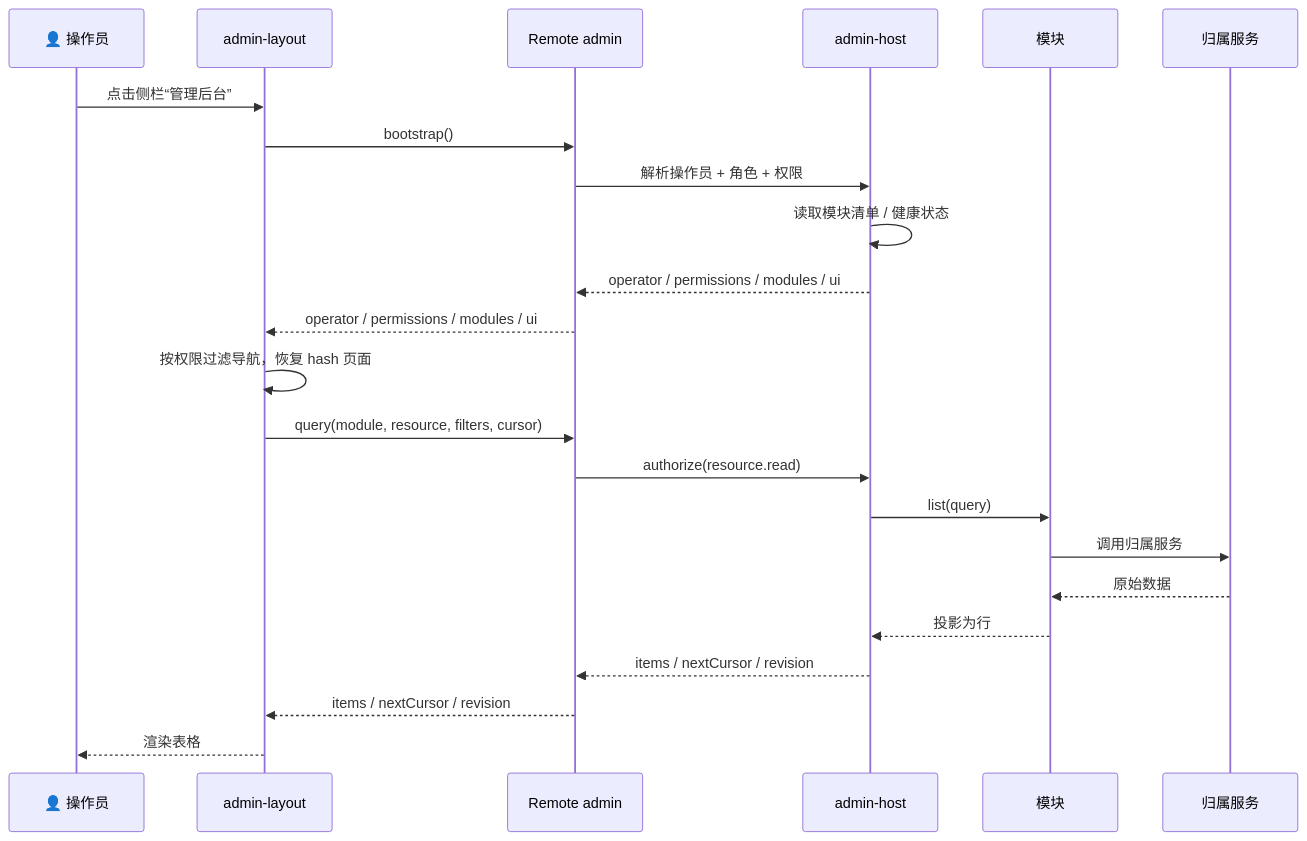
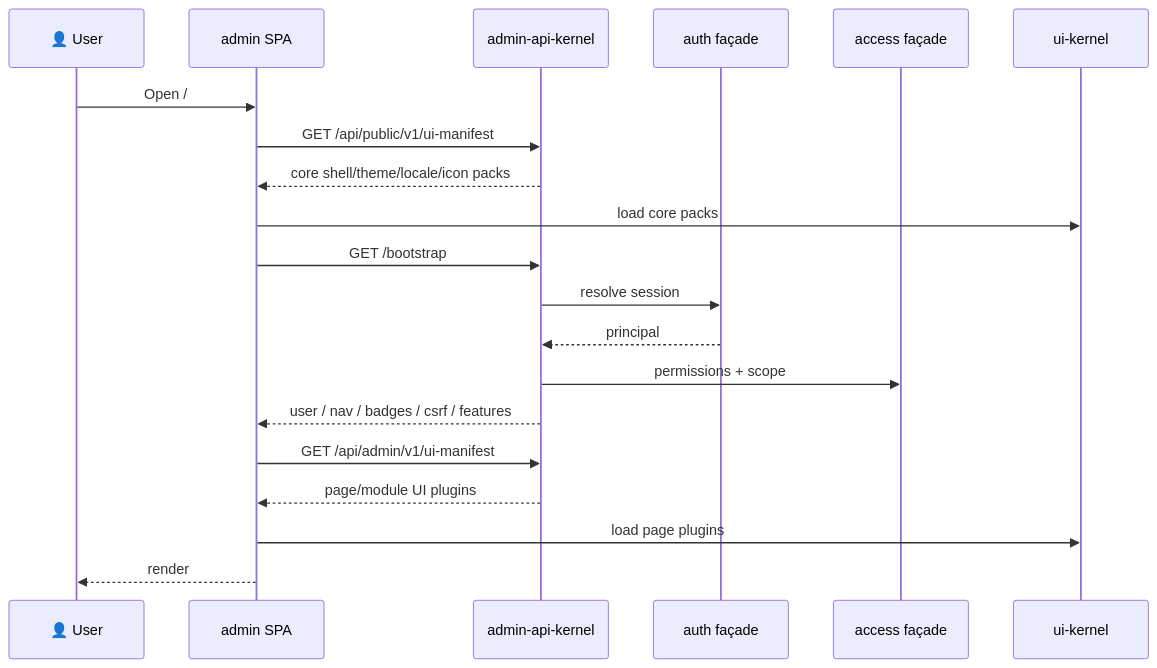
Before and after one commit to waixiaowai/veren: the second of 3 diagrams in docs/admin-system-design.cn.md, drawn with Mermaid. The commit also changed other lines of this file and 21 other files, not shown here.

````diff
--- a/docs/admin-system-design.cn.md
+++ b/docs/admin-system-design.cn.md
@@ -710,26 +657,23 @@
 ```mermaid
 sequenceDiagram
-  participant Op as 👤 操作员
-  participant Shell as admin-layout
-  participant R as Remote admin
-  participant Core as admin-host
-  participant Mod as 模块
-  participant Svc as 归属服务
+  participant U as 👤 User
+  participant SPA as admin SPA
+  participant API as admin-api-kernel
+  participant Auth as auth façade
+  participant Access as access façade
+  participant UI as ui-kernel
 
-  Op->>Shell: 点击侧栏“管理后台”
-  Shell->>R: bootstrap()
-  R->>Core: 解析操作员 + 角色 + 权限
-  Core->>Core: 读取模块清单 / 健康状态
-  Core-->>R: operator / permissions / modules / ui
-  R-->>Shell: operator / permissions / modules / ui
-  Shell->>Shell: 按权限过滤导航，恢复 hash 页面
-  Shell->>R: query(module, resource, filters, cursor)
-  R->>Core: authorize(resource.read)
-  Core->>Mod: list(query)
-  Mod->>Svc: 调用归属服务
-  Svc-->>Mod: 原始数据
-  Mod-->>Core: 投影为行
-  Core-->>R: items / nextCursor / revision
-  R-->>Shell: items / nextCursor / revision
-  Shell-->>Op: 渲染表格
+  U->>SPA: Open /
+  SPA->>API: GET /api/public/v1/ui-manifest
+  API-->>SPA: core shell/theme/locale/icon packs
+  SPA->>UI: load core packs
+  SPA->>API: GET /bootstrap
+  API->>Auth: resolve session
+  Auth-->>API: principal
+  API->>Access: permissions + scope
+  API-->>SPA: user / nav / badges / csrf / features
+  SPA->>API: GET /api/admin/v1/ui-manifest
+  API-->>SPA: page/module UI plugins
+  SPA->>UI: load page plugins
+  SPA-->>U: render
 ```
````
